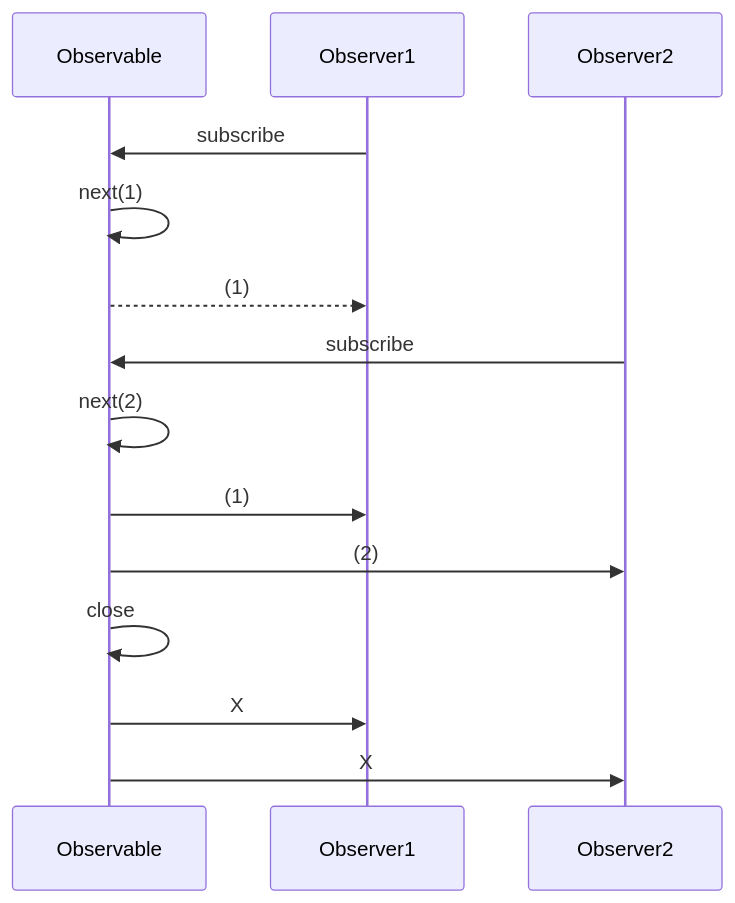
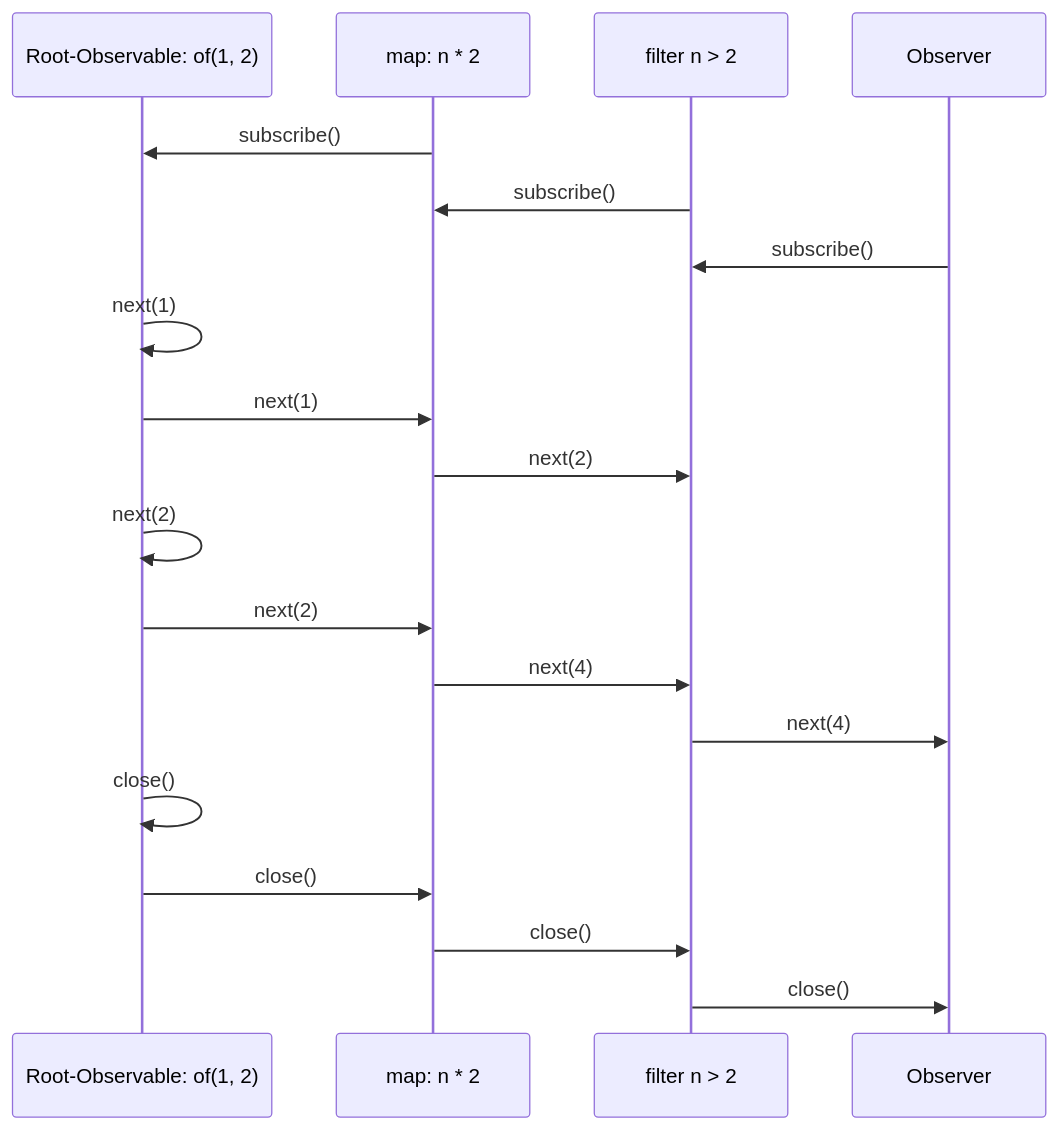
One commit to Makae/rxjs-insights changed the diagram in docs/diagrams/01-03-observable-and-observers.md. Above: the diagram before and after it, drawn with Mermaid. The commit also changed 2 other files, not shown here.

Commit message:
Update Article, first version of Intro

````diff
--- a/docs/diagrams/01-03-observable-and-observers.md
+++ b/docs/diagrams/01-03-observable-and-observers.md
@@ -1,16 +1,21 @@
 ```mermaid
     sequenceDiagram
-    participant p as Observable
-    participant s1 as Observer1
-    participant s2 as Observer2
-    s1->>p: subscribe
+    participant p as Root-Observable: of(1, 2)
+    participant s1 as map: n * 2
+    participant s2 as filter n > 2
+    participant s3 as Observer
+    s1->>p: subscribe()
+    s2->>s1: subscribe()
+    s3->>s2: subscribe()
     p->>p: next(1)
-    p-->>s1: (1)
-    s2->>p: subscribe
+    p->>s1: next(1)
+    s1->>s2: next(2)
     p->>p: next(2)
-    p->>s1: (1)
-    p->>s2: (2)
-    p->>p: close
-    p->>s1: X
-    p->>s2: X
+    p->>s1: next(2)
+    s1->>s2: next(4)
+    s2->>s3: next(4)
+    p->>p: close()
+    p->>s1: close()
+    s1->>s2: close()
+    s2->>s3: close()
 ```
````
